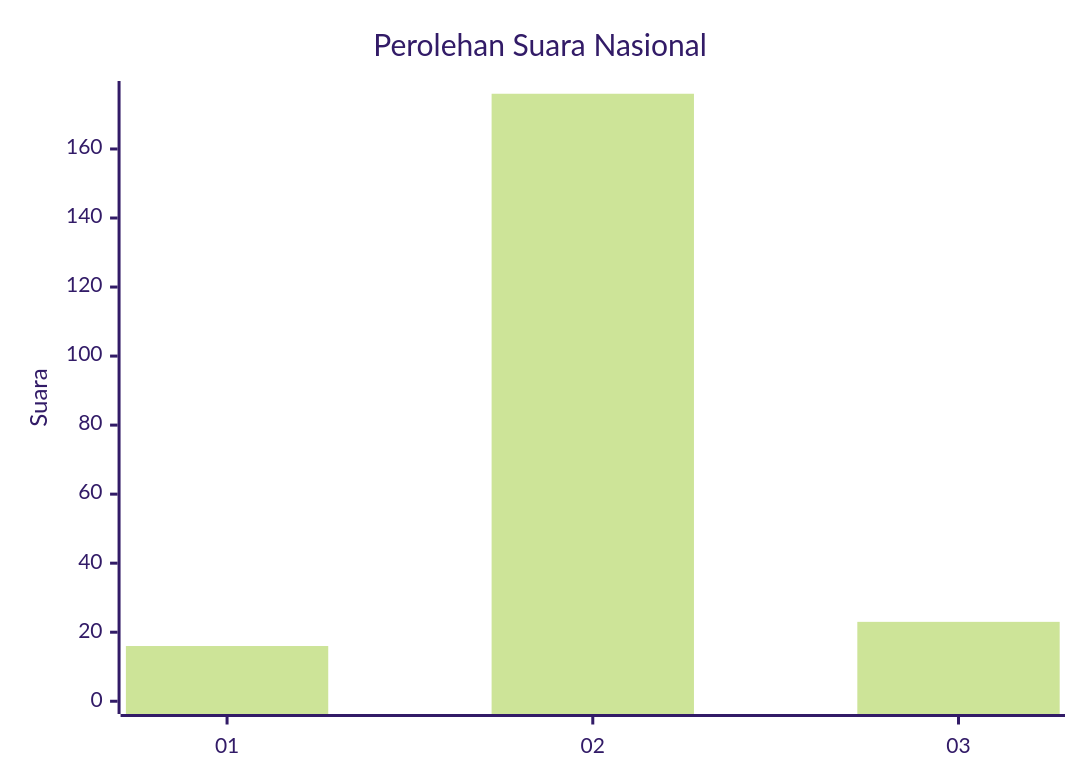
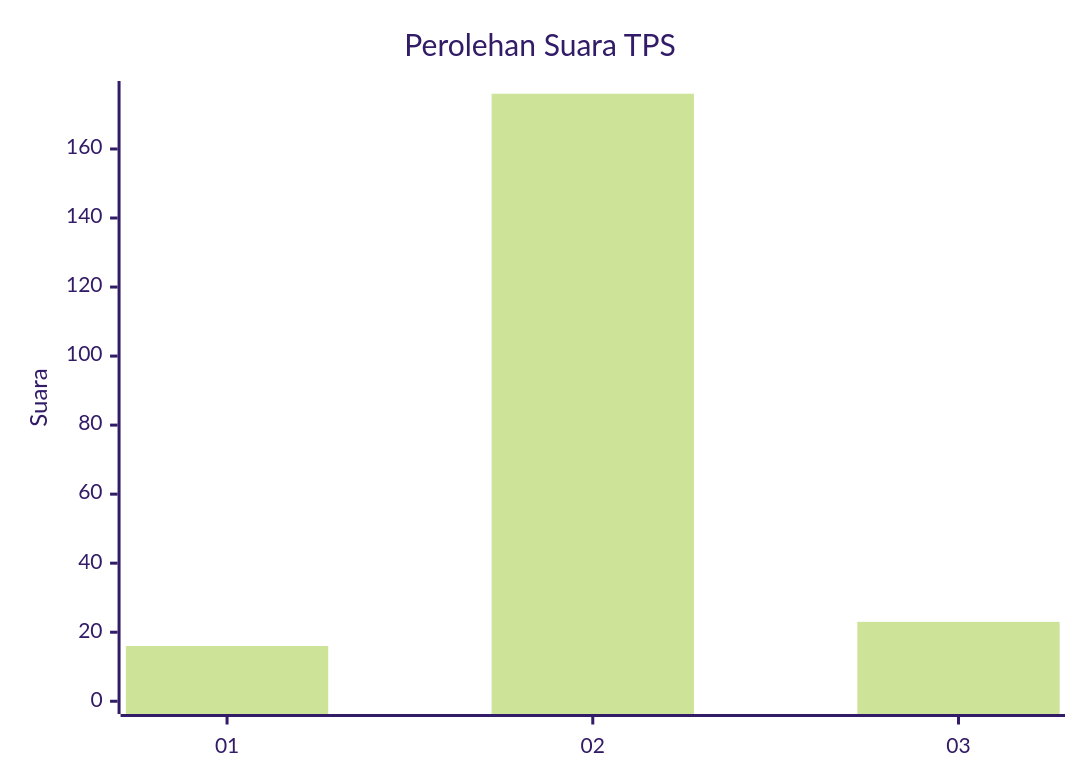
The first of 2 diagrams in pilpres/hitung-suara/sub/14-riau/sub/01-kampar/sub/12-tapung-hulu/sub/2009-rimba-makmur/sub/006-tps/README.md (gigit-pemilu/pemilu-2024-14-riau), drawn with Mermaid (forest theme) before and after one commit. The commit also changed other lines of this file and 12682 other files, not shown here.

````diff
--- a/pilpres/hitung-suara/sub/14-riau/sub/01-kampar/sub/12-tapung-hulu/sub/2009-rimba-makmur/sub/006-tps/README.md
+++ b/pilpres/hitung-suara/sub/14-riau/sub/01-kampar/sub/12-tapung-hulu/sub/2009-rimba-makmur/sub/006-tps/README.md
@@ -5,7 +5,7 @@
 ```mermaid
 xychart-beta
-    title "Perolehan Suara Nasional"
+    title "Perolehan Suara TPS"
     x-axis [01, 02, 03]
     y-axis "Suara" 0 --> 176
     bar [16, 176, 23]
 ```
````
